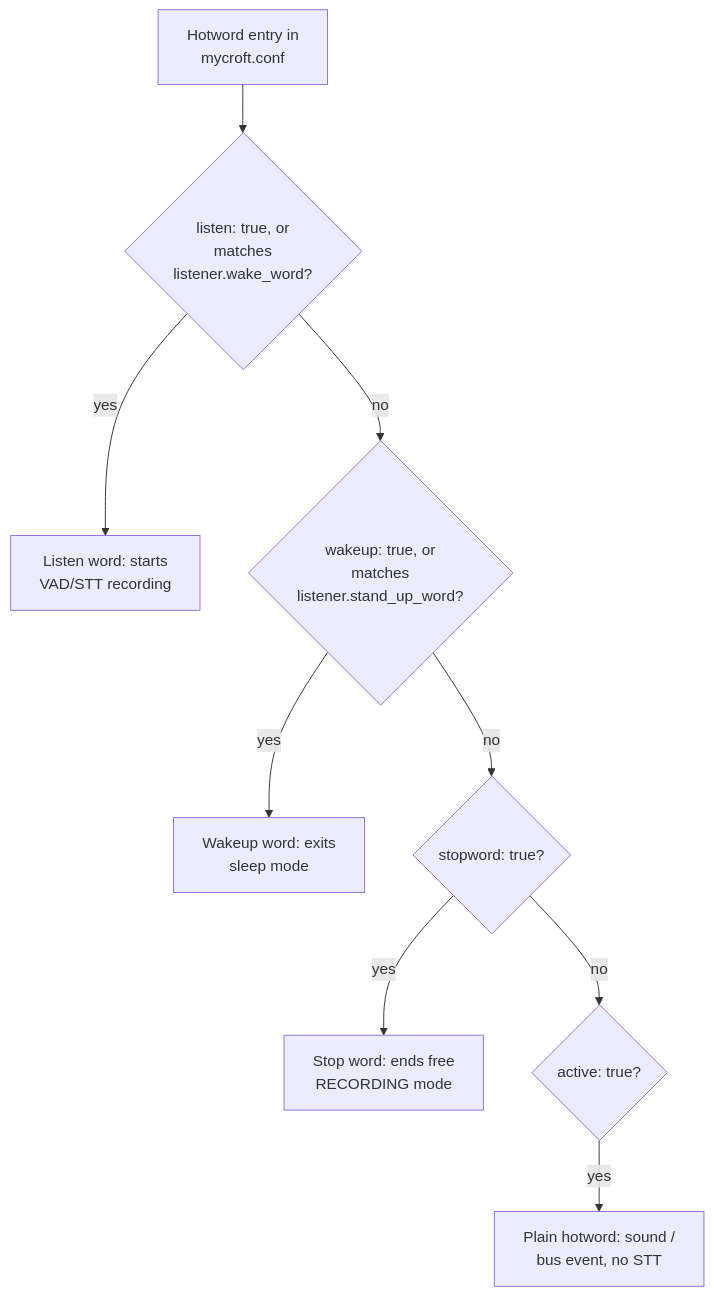
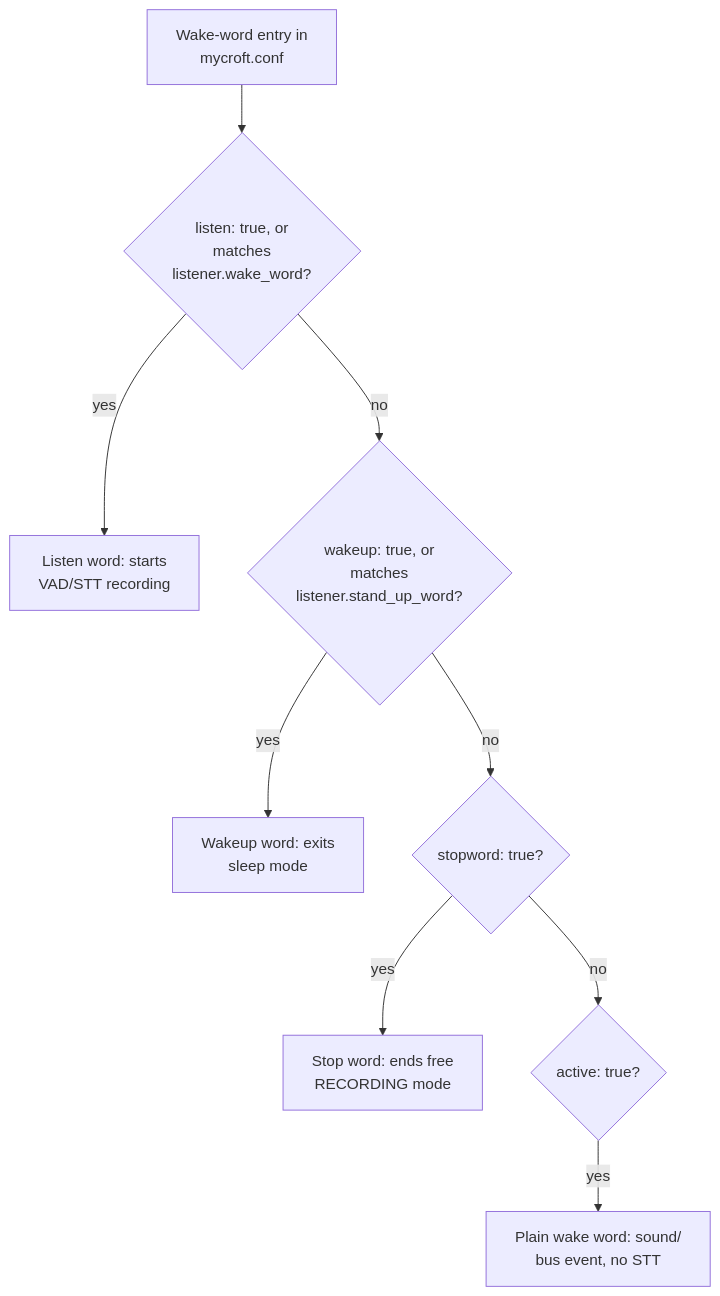
One commit to OpenVoiceOS/beta-technical-manual changed the first of 2 diagrams in docs/wake-word-plugins.md. Above: the diagram before and after it, drawn with Mermaid. The commit also changed other lines of this file and 43 other files, not shown here.

````diff
--- a/docs/wake-word-plugins.md
+++ b/docs/wake-word-plugins.md
@@ -99,11 +99,11 @@
 ```mermaid
 flowchart TD
-    A["Hotword entry in<br/>mycroft.conf"] --> B{"listen: true, or<br/>matches<br/>listener.wake_word?"}
+    A["Wake-word entry in<br/>mycroft.conf"] --> B{"listen: true, or<br/>matches<br/>listener.wake_word?"}
     B -->|yes| C["Listen word: starts<br/>VAD/STT recording"]
     B -->|no| D{"wakeup: true, or<br/>matches<br/>listener.stand_up_word?"}
     D -->|yes| E["Wakeup word: exits<br/>sleep mode"]
     D -->|no| F{"stopword: true?"}
     F -->|yes| G["Stop word: ends free<br/>RECORDING mode"]
     F -->|no| H{"active: true?"}
-    H -->|yes| I["Plain hotword: sound /<br/>bus event, no STT"]
+    H -->|yes| I["Plain wake word: sound/<br/>bus event, no STT"]
 ```
````
